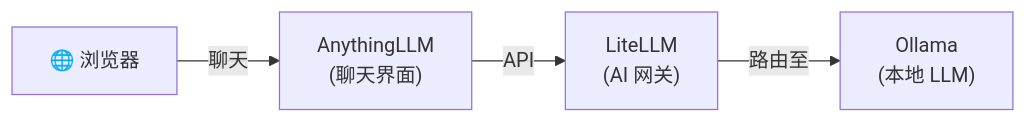
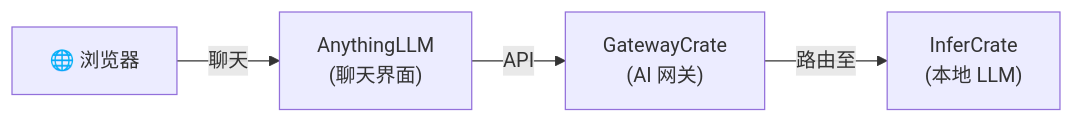
Before and after one commit to hwdsl2/self-hosted-ai-stack: the diagram in stacks/chat-ui/README-zh.md, drawn with Mermaid. The commit also changed other lines of this file and 47 other files, not shown here.

````diff
--- a/stacks/chat-ui/README-zh.md
+++ b/stacks/chat-ui/README-zh.md
@@ -17,6 +17,6 @@
 ```mermaid
 graph LR
     U["🌐 浏览器"] -->|聊天| A["AnythingLLM<br/>(聊天界面)"]
-    A -->|API| L["LiteLLM<br/>(AI 网关)"]
-    L -->|路由至| O["Ollama<br/>(本地 LLM)"]
+    A -->|API| L["GatewayCrate<br/>(AI 网关)"]
+    L -->|路由至| O["InferCrate<br/>(本地 LLM)"]
 ```
````
